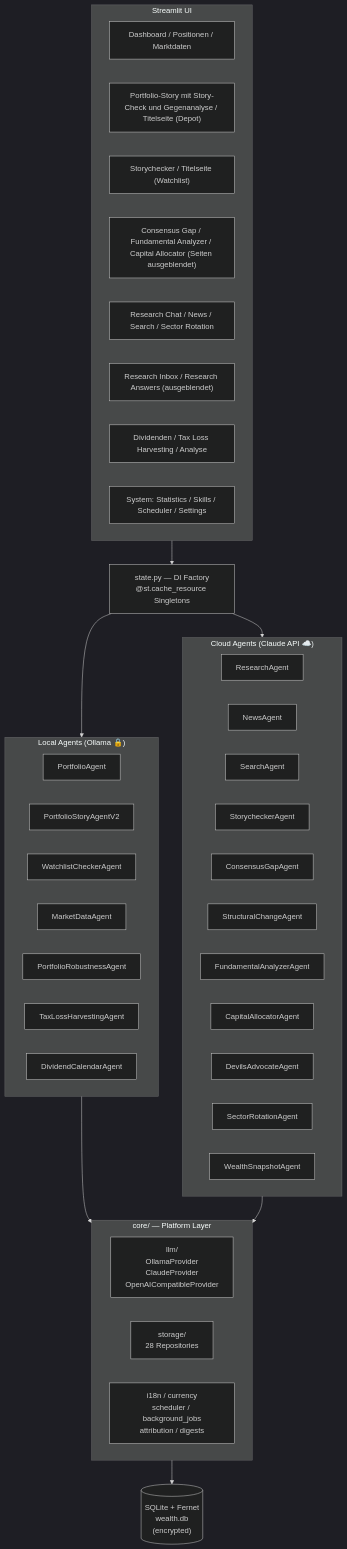
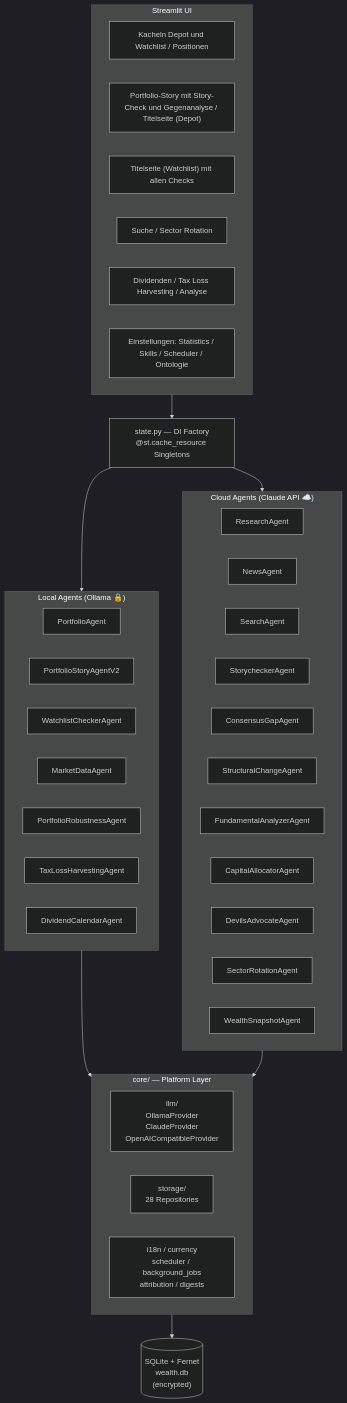
The first of 3 diagrams in ARCHITECTURE.md (esc1899/wealth_management), drawn with Mermaid (dark theme) before and after one commit. The commit also changed other lines of this file and 28 other files, not shown here.

````diff
--- a/ARCHITECTURE.md
+++ b/ARCHITECTURE.md
@@ -5,54 +5,52 @@
 ```mermaid
 graph TD
     subgraph UI["Streamlit UI"]
-        PG1["Dashboard / Positionen / Marktdaten"]
+        PG1["Kacheln Depot und Watchlist / Positionen"]
         PG2["Portfolio-Story mit Story-Check und Gegenanalyse / Titelseite (Depot)"]
-        PG3["Storychecker / Titelseite (Watchlist)"]
-        PG4["Consensus Gap / Fundamental Analyzer / Capital Allocator (Seiten ausgeblendet)"]
-        PG5["Research Chat / News / Search / Sector Rotation"]
-        PG6["Research Inbox / Research Answers (ausgeblendet)"]
+        PG3["Titelseite (Watchlist) mit allen Checks"]
+        PG5["Suche / Sector Rotation"]
         PG7["Dividenden / Tax Loss Harvesting / Analyse"]
-        PG8["System: Statistics / Skills / Scheduler / Settings"]
+        PG8["Einstellungen: Statistics / Skills / Scheduler / Ontologie"]
     end
 
     state["state.py — DI Factory<br/>@st.cache_resource Singletons"]
 
     subgraph Local["Local Agents (Ollama 🔒)"]
         PA["PortfolioAgent"]
         PSA["PortfolioStoryAgentV2"]
         WCA["WatchlistCheckerAgent"]
         MDA["MarketDataAgent"]
         PRA["PortfolioRobustnessAgent"]
         TLH["TaxLossHarvestingAgent"]
         DCA["DividendCalendarAgent"]
     end
 
     subgraph Cloud["Cloud Agents (Claude API ☁️)"]
         RA["ResearchAgent"]
         NA["NewsAgent"]
         SA["SearchAgent"]
         SCA["StorycheckerAgent"]
         CGA["ConsensusGapAgent"]
         STA["StructuralChangeAgent"]
         FAA["FundamentalAnalyzerAgent"]
         CAA["CapitalAllocatorAgent"]
         DAA["DevilsAdvocateAgent"]
         SRA["SectorRotationAgent"]
         WSA["WealthSnapshotAgent"]
     end
 
     subgraph Core["core/ — Platform Layer"]
         LLM["llm/<br/>OllamaProvider<br/>ClaudeProvider<br/>OpenAICompatibleProvider"]
         STOR["storage/<br/>28 Repositories"]
         UTIL["i18n / currency<br/>scheduler / background_jobs<br/>attribution / digests"]
     end
 
     DB[("SQLite + Fernet<br/>wealth.db<br/>(encrypted)")]
 
     UI --> state
     state --> Local
     state --> Cloud
     Local --> Core
     Cloud --> Core
     Core --> DB
 ```
````
